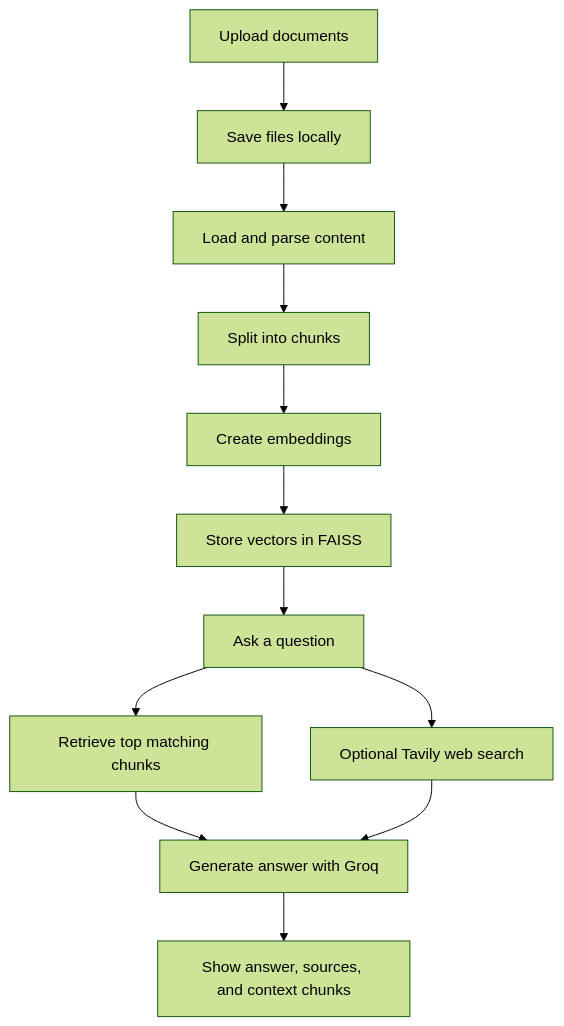
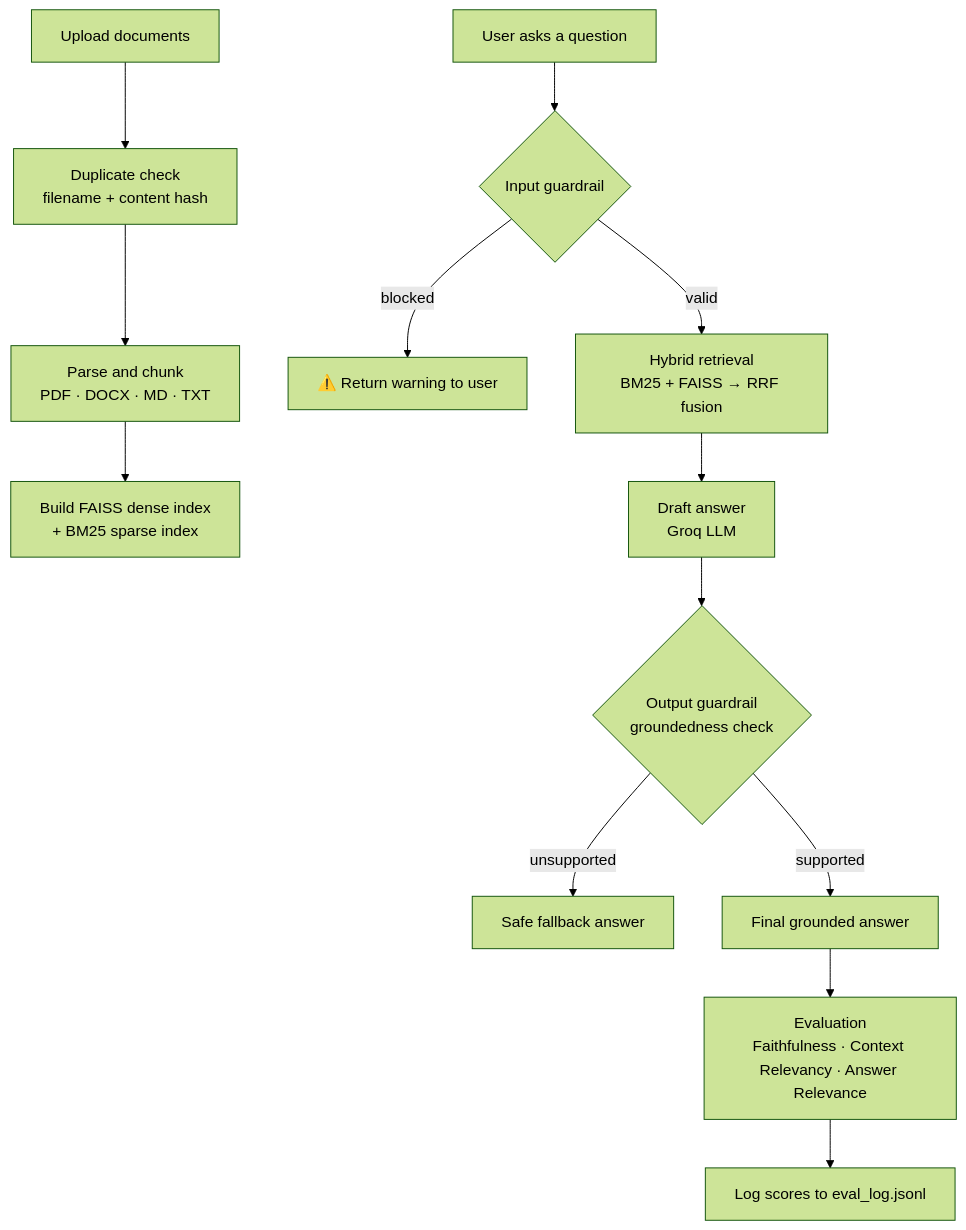
One commit to sharmanitin20/RAG-app-with-tavily-ai-search- changed the diagram in README.md. Above: the diagram before and after it, drawn with Mermaid (forest theme). The commit also changed other lines of this file, not shown here.

````diff
--- a/README.md
+++ b/README.md
@@ -60,14 +62,16 @@
 ```mermaid
 flowchart TD
-    A[Upload documents] --> B[Save files locally]
-    B --> C[Load and parse content]
-    C --> D[Split into chunks]
-    D --> E[Create embeddings]
-    E --> F[Store vectors in FAISS]
-    F --> G[Ask a question]
-    G --> H[Retrieve top matching chunks]
-    H --> I[Generate answer with Groq]
-    I --> J[Show answer, sources, and context chunks]
-    G --> K[Optional Tavily web search]
-    K --> I
+    A[Upload documents] --> B[Duplicate check\nfilename + content hash]
+    B --> C[Parse and chunk\nPDF · DOCX · MD · TXT]
+    C --> D[Build FAISS dense index\n+ BM25 sparse index]
+
+    E[User asks a question] --> F{Input guardrail}
+    F -- blocked --> G[⚠️ Return warning to user]
+    F -- valid --> H[Hybrid retrieval\nBM25 + FAISS → RRF fusion]
+    H --> I[Draft answer\nGroq LLM]
+    I --> J{Output guardrail\ngroundedness check}
+    J -- unsupported --> K[Safe fallback answer]
+    J -- supported --> L[Final grounded answer]
+    L --> M[Evaluation\nFaithfulness · Context Relevancy · Answer Relevance]
+    M --> N[Log scores to eval_log.jsonl]
 ```
````
